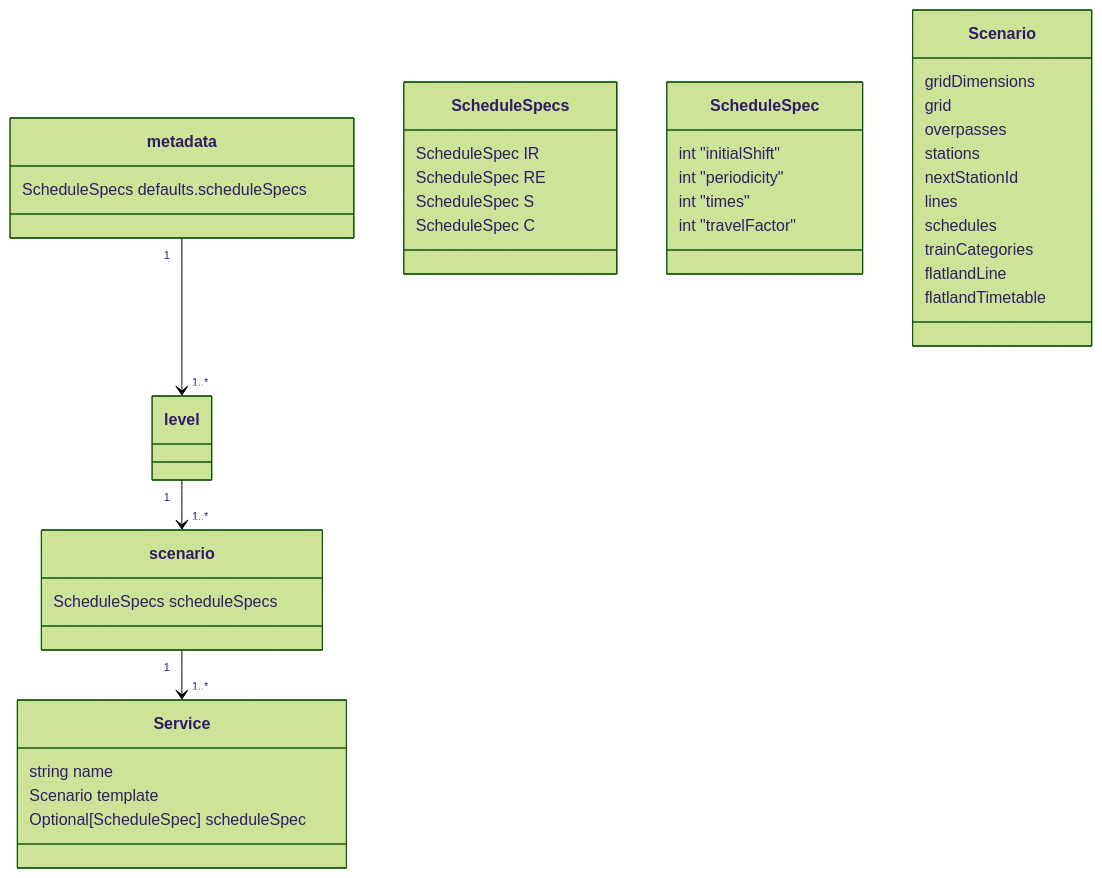
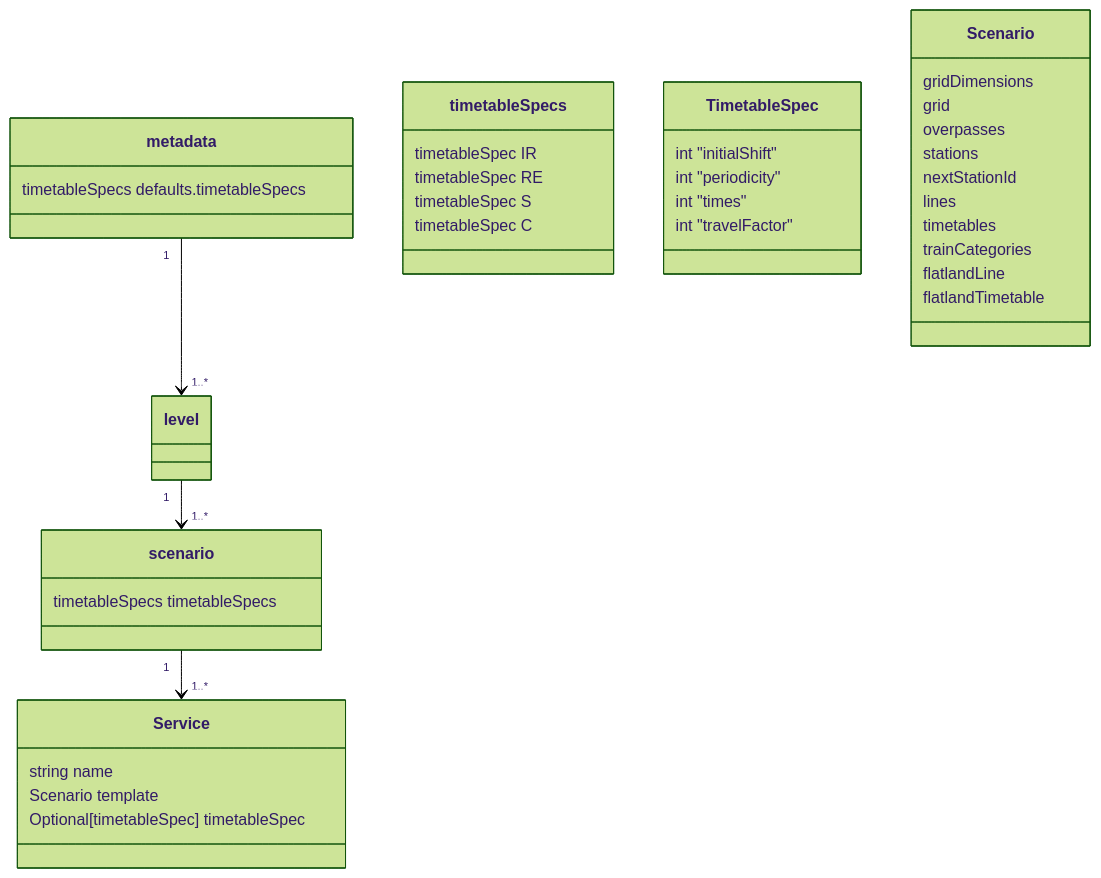
The first of 3 diagrams in scenario_generator/README.md (flatland-association/flatland-scenarios), drawn with Mermaid (forest theme) before and after one commit. The commit also changed other lines of this file and 4 other files, not shown here.

Commit message:
rename schedule -> timetable

````diff
--- a/scenario_generator/README.md
+++ b/scenario_generator/README.md
@@ -21,43 +21,43 @@
 ```mermaid
 classDiagram
   class metadata {
-    ScheduleSpecs defaults.scheduleSpecs
+    timetableSpecs defaults.timetableSpecs
   }
   class scenario {
-    ScheduleSpecs scheduleSpecs
+    timetableSpecs timetableSpecs
   }
   metadata "1" --> "1..*" level
   level "1" --> "1..*" scenario
   scenario "1" --> "1..*" Service
-  class ScheduleSpecs {
-    ScheduleSpec IR
-    ScheduleSpec RE
-    ScheduleSpec S
-    ScheduleSpec C
+  class timetableSpecs {
+    timetableSpec IR
+    timetableSpec RE
+    timetableSpec S
+    timetableSpec C
   }
-  class ScheduleSpec {
+  class TimetableSpec {
     int "initialShift"
     int "periodicity"
     int "times"
     int "travelFactor"
   }
   class Service {
     string name
     Scenario template
-    Optional[ScheduleSpec] scheduleSpec
+    Optional[timetableSpec] timetableSpec
   }
 
   class Scenario {
     gridDimensions
     grid
     overpasses
     stations
     nextStationId
     lines
-    schedules
+    timetables
     trainCategories
     flatlandLine
     flatlandTimetable
   }
 
 ```
````
